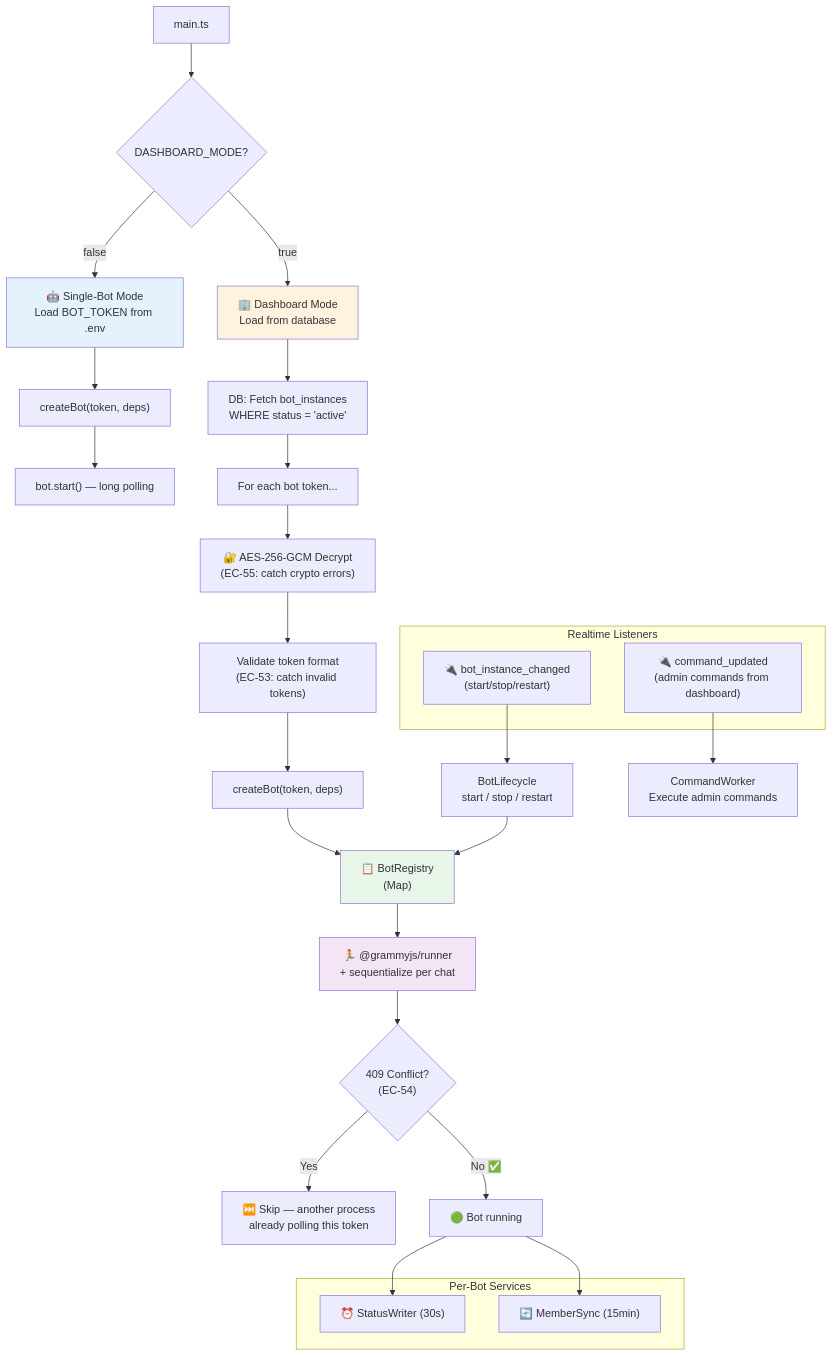
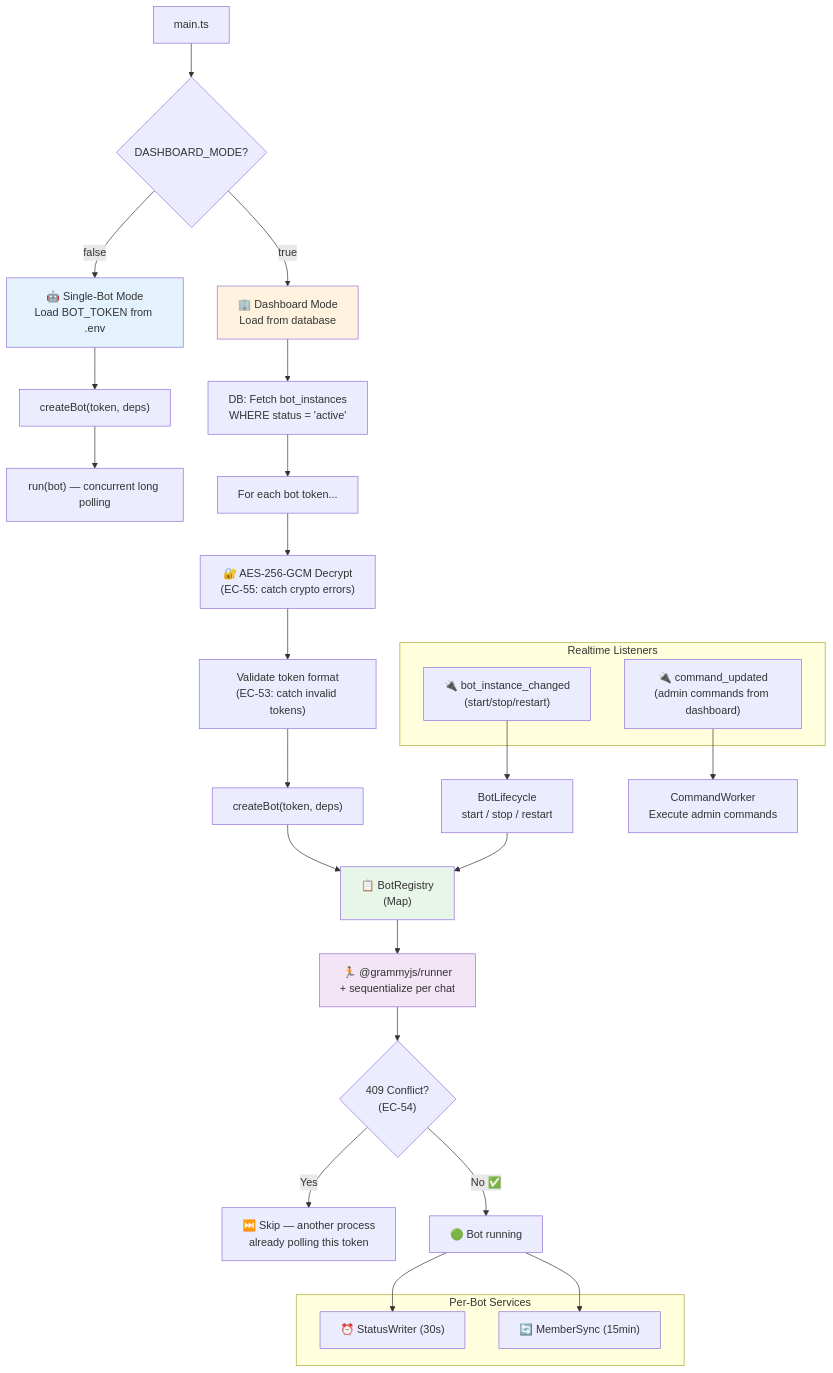
Before and after one commit to mohdakil2426/Nezuko-Telegram-Bot: the fifth of 7 diagrams in GRAMMY_AUDIT_PLAN.md, drawn with Mermaid. The commit also changed other lines of this file, not shown here.

````diff
--- a/GRAMMY_AUDIT_PLAN.md
+++ b/GRAMMY_AUDIT_PLAN.md
@@ -2143,47 +2634,47 @@
 ```mermaid
 flowchart TD
     Main["main.ts"] --> ModeCheck{"DASHBOARD_MODE?"}
 
     ModeCheck -->|"false"| SingleBot["🤖 Single-Bot Mode<br/>Load BOT_TOKEN from .env"]
     SingleBot --> CreateBot1["createBot(token, deps)"]
-    CreateBot1 --> Start1["bot.start() — long polling"]
+    CreateBot1 --> Start1["run(bot) — concurrent long polling"]
 
     ModeCheck -->|"true"| DashboardMode["🏢 Dashboard Mode<br/>Load from database"]
 
     DashboardMode --> FetchTokens["DB: Fetch bot_instances<br/>WHERE status = 'active'"]
     FetchTokens --> DecryptLoop["For each bot token..."]
 
     DecryptLoop --> Decrypt["🔐 AES-256-GCM Decrypt<br/>(EC-55: catch crypto errors)"]
     Decrypt --> Validate["Validate token format<br/>(EC-53: catch invalid tokens)"]
 
     Validate --> CreateBotN["createBot(token, deps)"]
     CreateBotN --> Registry["📋 BotRegistry<br/>(Map<botId, BotInstance>)"]
     Registry --> Runner["🏃 @grammyjs/runner<br/>+ sequentialize per chat"]
 
     Runner --> ConflictCheck{"409 Conflict?<br/>(EC-54)"}
     ConflictCheck -->|"Yes"| Skip["⏭️ Skip — another process<br/>already polling this token"]
     ConflictCheck -->|"No ✅"| Running["🟢 Bot running"]
 
     subgraph "Realtime Listeners"
         WS1["🔌 bot_instance_changed<br/>(start/stop/restart)"]
         WS2["🔌 command_updated<br/>(admin commands from dashboard)"]
     end
 
     WS1 --> Lifecycle["BotLifecycle<br/>start / stop / restart"]
     Lifecycle --> Registry
 
     WS2 --> CommandWorker["CommandWorker<br/>Execute admin commands"]
 
     subgraph "Per-Bot Services"
         S1["⏰ StatusWriter (30s)"]
         S2["🔄 MemberSync (15min)"]
     end
 
     Running --> S1
     Running --> S2
 
     style SingleBot fill:#e3f2fd
     style DashboardMode fill:#fff3e0
     style Registry fill:#e8f5e9
     style Runner fill:#f3e5f5
 ```
````
